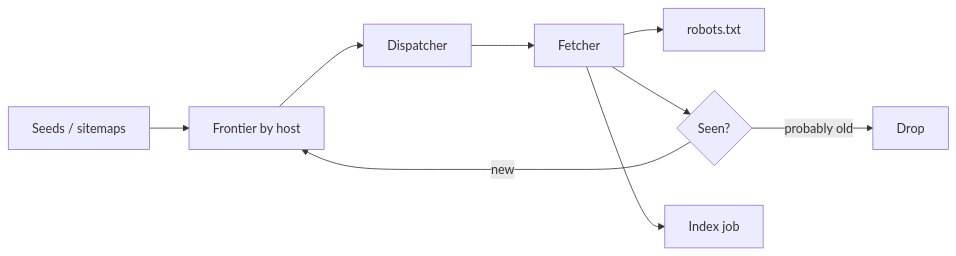
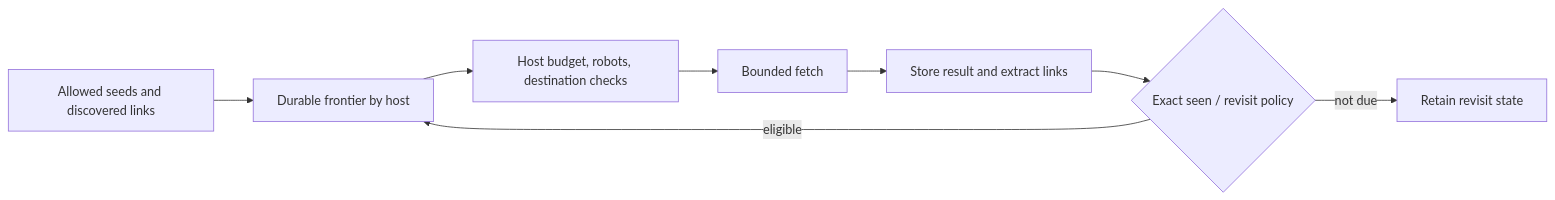
One commit to jdodsoncollins/study-material changed the diagram in lessons/system-design/cases/catalog-crawler/viz/crawl.md. Above: the diagram before and after it, drawn with Mermaid. The commit also changed 175 other files, not shown here.

````diff
--- a/lessons/system-design/cases/catalog-crawler/viz/crawl.md
+++ b/lessons/system-design/cases/catalog-crawler/viz/crawl.md
@@ -3,11 +3,10 @@
 ```mermaid
 flowchart LR
-  seed[Seeds / sitemaps] --> front[Frontier by host]
-  front --> disp[Dispatcher]
-  disp --> fetch[Fetcher]
-  fetch --> robots[robots.txt]
-  fetch --> seen{Seen?}
-  seen -->|new| front
-  seen -->|probably old| drop[Drop]
-  fetch --> idx[Index job]
+  seed[Allowed seeds and discovered links] --> front[Durable frontier by host]
+  front --> gate[Host budget, robots, destination checks]
+  gate --> fetch[Bounded fetch]
+  fetch --> result[Store result and extract links]
+  result --> seen{Exact seen / revisit policy}
+  seen -->|eligible| front
+  seen -->|not due| later[Retain revisit state]
 ```
````
